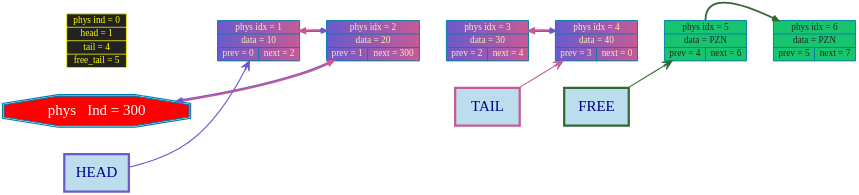
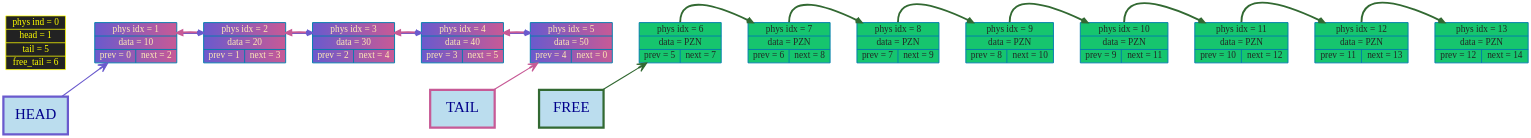
Before and after one commit to timoko3/list: the diagram in graphDumps/graphDump.dot, drawn with Graphviz. The commit also changed 7 other files, not shown here.

```diff
--- a/graphDumps/graphDump.dot
+++ b/graphDumps/graphDump.dot
@@ -1,41 +1,68 @@
 digraph G {
 rankdir=LR
 bgcolor="transparent"
 nodesep = 1;
 ranksep = 1
 	node [shape=record, style="filled", fillcolor="#FFA089", fontcolor="black", color="#007CAD", penwidth=2.5, fontname="Tahoma", fontsize=25];
 
 edge [color="#2d714f", arrowsize=1, penwidth=5, arrowhead="vee", style="bold"];
-node0 [label="phys ind = 0 | head = 1 | tail = 4 | free_tail = 5", shape=record, style="filled", fillcolor="#222222", fontcolor="yellow", color="yellow", penwidth=2];
+node0 [label="phys ind = 0 | head = 1 | tail = 5 | free_tail = 6", shape=record, style="filled", fillcolor="#222222", fontcolor="yellow", color="yellow", penwidth=2];
 	node1 [label="phys idx = 1 | data = 10 | {prev = 0 | next = 2} "];
-	node2 [label="phys idx = 2 | data = 20 | {prev = 1 | next = 300} "];
+	node2 [label="phys idx = 2 | data = 20 | {prev = 1 | next = 3} "];
 	node3 [label="phys idx = 3 | data = 30 | {prev = 2 | next = 4} "];
-	node4 [label="phys idx = 4 | data = 40 | {prev = 3 | next = 0} "];
-	node5 [label="phys idx = 5 | data = PZN | {prev = 4 | next = 6} "];
+	node4 [label="phys idx = 4 | data = 40 | {prev = 3 | next = 5} "];
+	node5 [label="phys idx = 5 | data = 50 | {prev = 4 | next = 0} "];
 	node6 [label="phys idx = 6 | data = PZN | {prev = 5 | next = 7} "];
+	node7 [label="phys idx = 7 | data = PZN | {prev = 6 | next = 8} "];
+	node8 [label="phys idx = 8 | data = PZN | {prev = 7 | next = 9} "];
+	node9 [label="phys idx = 9 | data = PZN | {prev = 8 | next = 10} "];
+	node10 [label="phys idx = 10 | data = PZN | {prev = 9 | next = 11} "];
+	node11 [label="phys idx = 11 | data = PZN | {prev = 10 | next = 12} "];
+	node12 [label="phys idx = 12 | data = PZN | {prev = 11 | next = 13} "];
+	node13 [label="phys idx = 13 | data = PZN | {prev = 12 | next = 14} "];
 
 head_label      [shape=box, width = 2.4, height = 1.4, label="HEAD", style="filled", fillcolor="#BBDDEE", color="#6A5ACD", penwidth = 6,  fontcolor="darkblue", fontsize = 40];
 tail_label      [shape=box, width = 2.4, height = 1.4, label="TAIL", style="filled", fillcolor="#BBDDEE", color="#c75a96ff", penwidth = 6,  fontcolor="darkblue", fontsize = 40];
 free_head_label [shape=box, width = 2.4, height = 1.4, label="FREE", style="filled", fillcolor="#BBDDEE", color="#326932", penwidth = 6,  fontcolor="darkblue", fontsize = 40];
 head_label      -> node1 [color="#6A5ACD"  , arrowsize=2.5, penwidth=3];
-tail_label      -> node4 [color="#c75a96ff"  , arrowsize=2.5, penwidth=3];
-free_head_label -> node5 [color="#326932"  , arrowsize=2.5, penwidth=3];
+tail_label      -> node5 [color="#c75a96ff"  , arrowsize=2.5, penwidth=3];
+free_head_label -> node6 [color="#326932"  , arrowsize=2.5, penwidth=3];
 node0 -> node1[style=invis, weight = 100000];
-	node1 -> node2 -> node3 -> node4 -> node5 -> node6[style=invis, weight=1000000];
+	node1 -> node2 -> node3 -> node4 -> node5 -> node6 -> node7 -> node8 -> node9 -> node10 -> node11 -> node12 -> node13[style=invis, weight=1000000];
 	node1 [fillcolor = "#6A5ACD:#c75a96ff", fontcolor = "#ffe9b5ff"]
 node2 [fillcolor = "#c75a96ff:#c75a96ff", fontcolor = "#ffe9b5ff"]
 node1 -> node2[color="#6A5ACD:#c75a96ff", arrowsize=1.5, penwidth=5, weight=1000, constraint=false, dir = both];
 node2 [fillcolor = "#6A5ACD:#c75a96ff", fontcolor = "#ffe9b5ff"]
-node300 [fillcolor = "#c75a96ff:#c75a96ff", fontcolor = "#ffe9b5ff"]
-node2 -> node300[color="#6A5ACD:#c75a96ff", arrowsize=1.5, penwidth=5, weight=1000, constraint=false, dir = both];
+node3 [fillcolor = "#c75a96ff:#c75a96ff", fontcolor = "#ffe9b5ff"]
+node2 -> node3[color="#6A5ACD:#c75a96ff", arrowsize=1.5, penwidth=5, weight=1000, constraint=false, dir = both];
 node3 [fillcolor = "#6A5ACD:#c75a96ff", fontcolor = "#ffe9b5ff"]
 node4 [fillcolor = "#c75a96ff:#c75a96ff", fontcolor = "#ffe9b5ff"]
 node3 -> node4[color="#6A5ACD:#c75a96ff", arrowsize=1.5, penwidth=5, weight=1000, constraint=false, dir = both];
 node4 [fillcolor = "#6A5ACD:#c75a96ff", fontcolor = "#ffe9b5ff"]
-node5 [fillcolor = "#16c56eff", fontcolor = "#222926ff"]
+node5 [fillcolor = "#c75a96ff:#c75a96ff", fontcolor = "#ffe9b5ff"]
+node4 -> node5[color="#6A5ACD:#c75a96ff", arrowsize=1.5, penwidth=5, weight=1000, constraint=false, dir = both];
+node5 [fillcolor = "#6A5ACD:#c75a96ff", fontcolor = "#ffe9b5ff"]
 node6 [fillcolor = "#16c56eff", fontcolor = "#222926ff"]
-node5 -> node6[color="#326932", arrowsize=1.5, penwidth=5, weight=1000, constraint=false, tailport = n];
-node6 [fillcolor = "#16c56eff", fontcolor = "#222926ff"]
-	node300 [label="phys   Ind = 300",shape=doubleoctagon, fillcolor = "red", fontcolor="white", color="#007CAD", penwidth=3, fontname="Tahoma Bold", fontsize=40];
+node7 [fillcolor = "#16c56eff", fontcolor = "#222926ff"]
+node6 -> node7[color="#326932", arrowsize=1.5, penwidth=5, weight=1000, constraint=false, tailport = n];
+node7 [fillcolor = "#16c56eff", fontcolor = "#222926ff"]
+node8 [fillcolor = "#16c56eff", fontcolor = "#222926ff"]
+node7 -> node8[color="#326932", arrowsize=1.5, penwidth=5, weight=1000, constraint=false, tailport = n];
+node8 [fillcolor = "#16c56eff", fontcolor = "#222926ff"]
+node9 [fillcolor = "#16c56eff", fontcolor = "#222926ff"]
+node8 -> node9[color="#326932", arrowsize=1.5, penwidth=5, weight=1000, constraint=false, tailport = n];
+node9 [fillcolor = "#16c56eff", fontcolor = "#222926ff"]
+node10 [fillcolor = "#16c56eff", fontcolor = "#222926ff"]
+node9 -> node10[color="#326932", arrowsize=1.5, penwidth=5, weight=1000, constraint=false, tailport = n];
+node10 [fillcolor = "#16c56eff", fontcolor = "#222926ff"]
+node11 [fillcolor = "#16c56eff", fontcolor = "#222926ff"]
+node10 -> node11[color="#326932", arrowsize=1.5, penwidth=5, weight=1000, constraint=false, tailport = n];
+node11 [fillcolor = "#16c56eff", fontcolor = "#222926ff"]
+node12 [fillcolor = "#16c56eff", fontcolor = "#222926ff"]
+node11 -> node12[color="#326932", arrowsize=1.5, penwidth=5, weight=1000, constraint=false, tailport = n];
+node12 [fillcolor = "#16c56eff", fontcolor = "#222926ff"]
+node13 [fillcolor = "#16c56eff", fontcolor = "#222926ff"]
+node12 -> node13[color="#326932", arrowsize=1.5, penwidth=5, weight=1000, constraint=false, tailport = n];
+node13 [fillcolor = "#16c56eff", fontcolor = "#222926ff"]
 
 }
```
